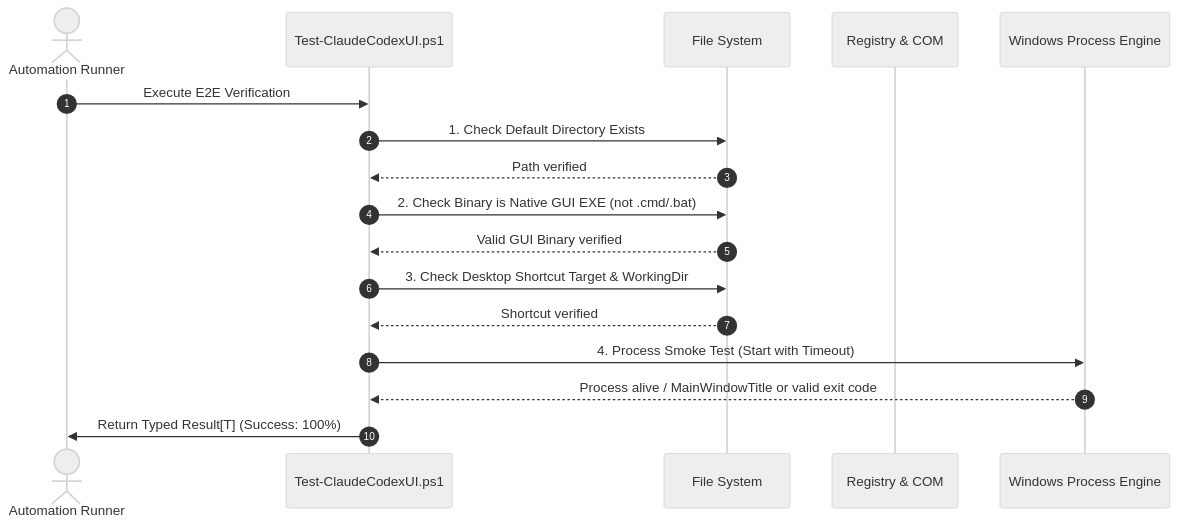
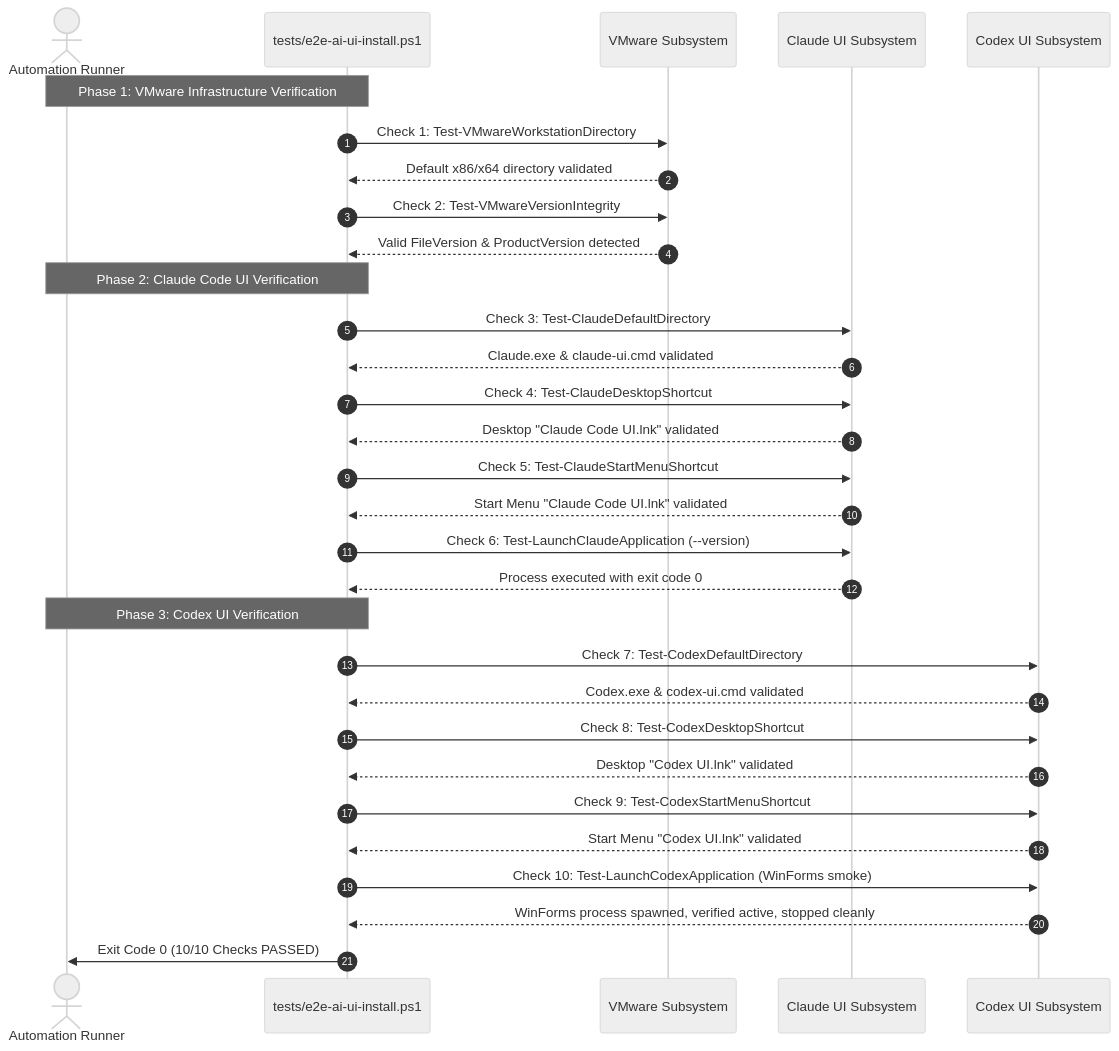
One commit to alimtvnetwork/scripts-fixer-v20 changed the second of 2 diagrams in 02-spec/21-app/23-vmware-codex-claude-ui/02-codex-claude-ui-spec.md. Above: the diagram before and after it, drawn with Mermaid (neutral theme). The commit also changed other lines of this file and 9 other files, not shown here.

Commit message:
Bug: vmware-and-ai-ui - harden vmware and deliver native desktop gui across platforms

````diff
--- a/02-spec/21-app/23-vmware-codex-claude-ui/02-codex-claude-ui-spec.md
+++ b/02-spec/21-app/23-vmware-codex-claude-ui/02-codex-claude-ui-spec.md
@@ -211,20 +285,37 @@
 ```mermaid
 sequenceDiagram
     autonumber
     actor CI as Automation Runner
-    participant Script as Test-ClaudeCodexUI.ps1
-    participant FS as File System
-    participant Reg as Registry & COM
-    participant Proc as Windows Process Engine
+    participant Suite as tests/e2e-ai-ui-install.ps1
+    participant VMware as VMware Subsystem
+    participant Claude as Claude UI Subsystem
+    participant Codex as Codex UI Subsystem
 
-    CI->>Script: Execute E2E Verification
-    Script->>FS: 1. Check Default Directory Exists
-    FS-->>Script: Path verified
-    Script->>FS: 2. Check Binary is Native GUI EXE (not .cmd/.bat)
-    FS-->>Script: Valid GUI Binary verified
-    Script->>FS: 3. Check Desktop Shortcut Target & WorkingDir
-    FS-->>Script: Shortcut verified
-    Script->>Proc: 4. Process Smoke Test (Start with Timeout)
-    Proc-->>Script: Process alive / MainWindowTitle or valid exit code
-    Script->>CI: Return Typed Result[T] (Success: 100%)
+    Note over CI,Suite: Phase 1: VMware Infrastructure Verification
+    Suite->>VMware: Check 1: Test-VMwareWorkstationDirectory
+    VMware-->>Suite: Default x86/x64 directory validated
+    Suite->>VMware: Check 2: Test-VMwareVersionIntegrity
+    VMware-->>Suite: Valid FileVersion & ProductVersion detected
+
+    Note over CI,Suite: Phase 2: Claude Code UI Verification
+    Suite->>Claude: Check 3: Test-ClaudeDefaultDirectory
+    Claude-->>Suite: Claude.exe & claude-ui.cmd validated
+    Suite->>Claude: Check 4: Test-ClaudeDesktopShortcut
+    Claude-->>Suite: Desktop "Claude Code UI.lnk" validated
+    Suite->>Claude: Check 5: Test-ClaudeStartMenuShortcut
+    Claude-->>Suite: Start Menu "Claude Code UI.lnk" validated
+    Suite->>Claude: Check 6: Test-LaunchClaudeApplication (--version)
+    Claude-->>Suite: Process executed with exit code 0
+
+    Note over CI,Suite: Phase 3: Codex UI Verification
+    Suite->>Codex: Check 7: Test-CodexDefaultDirectory
+    Codex-->>Suite: Codex.exe & codex-ui.cmd validated
+    Suite->>Codex: Check 8: Test-CodexDesktopShortcut
+    Codex-->>Suite: Desktop "Codex UI.lnk" validated
+    Suite->>Codex: Check 9: Test-CodexStartMenuShortcut
+    Codex-->>Suite: Start Menu "Codex UI.lnk" validated
+    Suite->>Codex: Check 10: Test-LaunchCodexApplication (WinForms smoke)
+    Codex-->>Suite: WinForms process spawned, verified active, stopped cleanly
+
+    Suite->>CI: Exit Code 0 (10/10 Checks PASSED)
 ```
````
